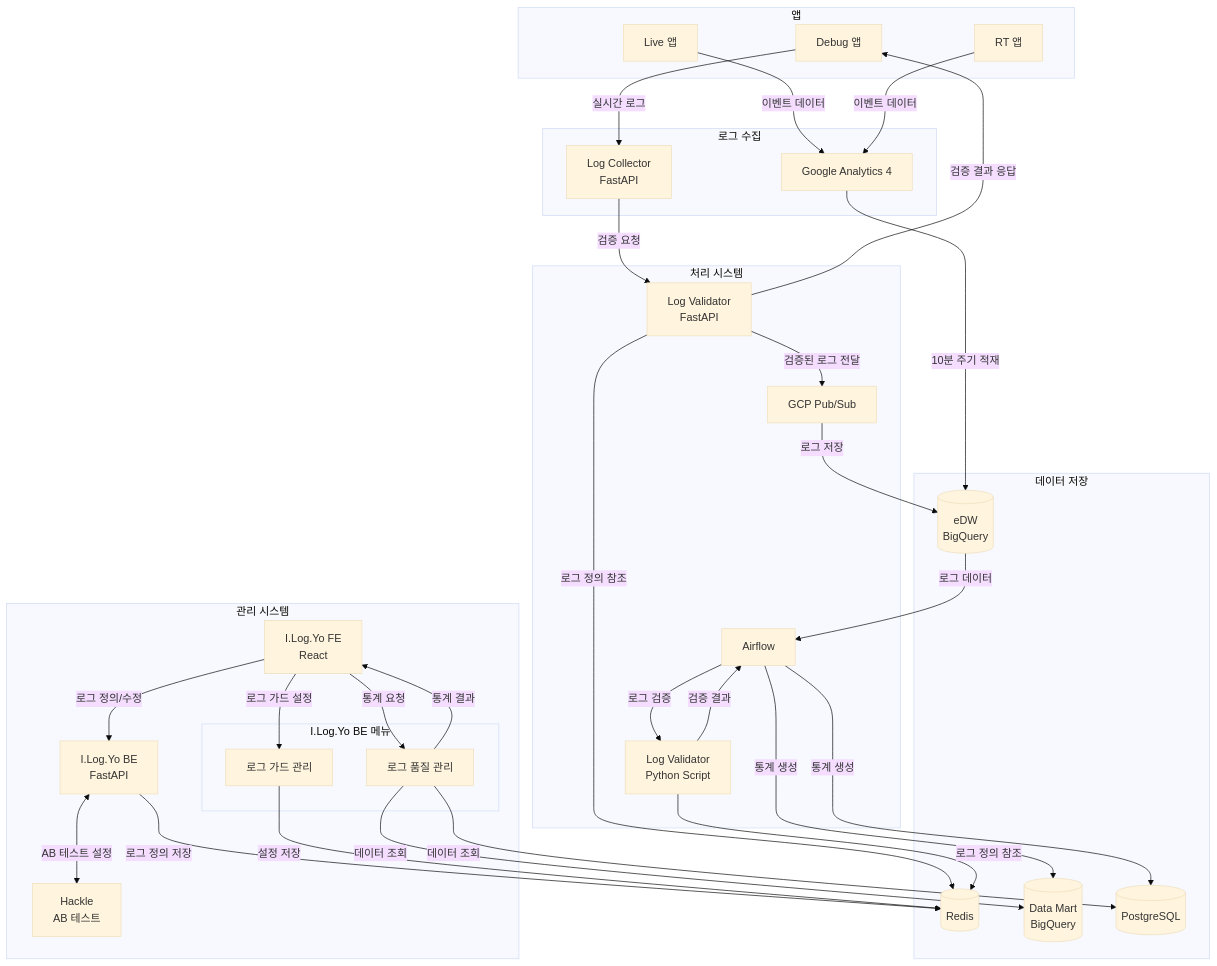
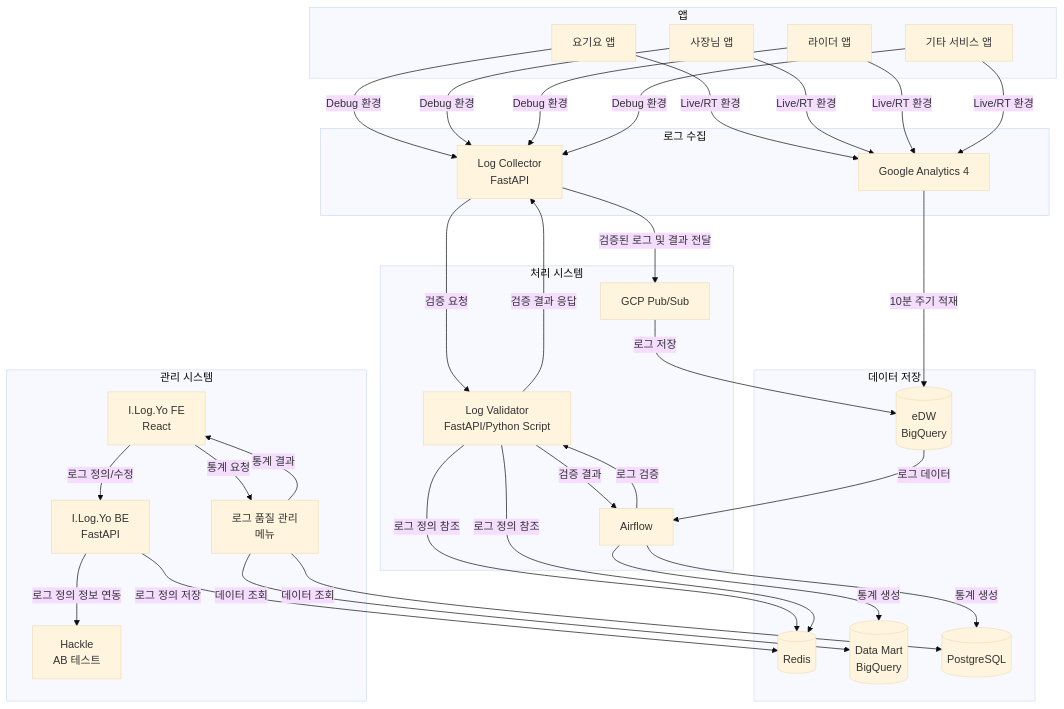
One commit to sch0718/ai-dev-log changed the second of 6 diagrams in 99. 활용/I.Log.Yo_ARCHITECTURE.md. Above: the diagram before and after it, drawn with Mermaid (base theme). The commit also changed other lines of this file and 1 other file, not shown here.

````diff
--- a/99. 활용/I.Log.Yo_ARCHITECTURE.md
+++ b/99. 활용/I.Log.Yo_ARCHITECTURE.md
@@ -166,73 +209,71 @@
 ```mermaid
 flowchart TB
     subgraph "앱"
-        DEBUG_APP[Debug 앱]
-        LIVE_APP[Live 앱]
-        RT_APP[RT 앱]
+        USER_APP[요기요 앱]
+        OWNER_APP[사장님 앱]
+        RIDER_APP[라이더 앱]
+        OTHER_APPS[기타 서비스 앱]
     end
 
     subgraph "로그 수집"
         GA4[Google Analytics 4]
         LOG_COLLECTOR[Log Collector<br>FastAPI]
     end
 
     subgraph "데이터 저장"
         EDW[(eDW<br>BigQuery)]
         REDIS[(Redis)]
         MART[(Data Mart<br>BigQuery)]
         POSTGRES[(PostgreSQL)]
     end
 
     subgraph "처리 시스템"
         AIRFLOW[Airflow]
-        LOG_VALIDATOR[Log Validator<br>FastAPI]
-        VALIDATOR_SCRIPT[Log Validator<br>Python Script]
+        LOG_VALIDATOR[Log Validator<br>FastAPI/Python Script]
         PUBSUB[GCP Pub/Sub]
     end
 
     subgraph "관리 시스템"
         ILOGYO_FE[I.Log.Yo FE<br>React]
         ILOGYO_BE[I.Log.Yo BE<br>FastAPI]
-        subgraph "I.Log.Yo BE 메뉴"
-            LOG_QUALITY[로그 품질 관리]
-            LOG_GUARD[로그 가드 관리]
-        end
+        LOG_QUALITY[로그 품질 관리<br>메뉴]
         HACKLE[Hackle<br>AB 테스트]
     end
 
     %% Debug 환경 데이터 흐름
-    DEBUG_APP -->|실시간 로그| LOG_COLLECTOR
+    USER_APP -- "Debug 환경" --> LOG_COLLECTOR
+    OWNER_APP -- "Debug 환경" --> LOG_COLLECTOR
+    RIDER_APP -- "Debug 환경" --> LOG_COLLECTOR
+    OTHER_APPS -- "Debug 환경" --> LOG_COLLECTOR
     LOG_COLLECTOR -->|검증 요청| LOG_VALIDATOR
     LOG_VALIDATOR -->|로그 정의 참조| REDIS
-    LOG_VALIDATOR -->|검증 결과 응답| DEBUG_APP
-    LOG_VALIDATOR -->|검증된 로그 전달| PUBSUB
+    LOG_VALIDATOR -->|검증 결과 응답| LOG_COLLECTOR
+    LOG_COLLECTOR -->|검증된 로그 및 결과 전달| PUBSUB
     PUBSUB -->|로그 저장| EDW
 
     %% Live/RT 환경 데이터 흐름
-    LIVE_APP -->|이벤트 데이터| GA4
-    RT_APP -->|이벤트 데이터| GA4
+    USER_APP -- "Live/RT 환경" --> GA4
+    OWNER_APP -- "Live/RT 환경" --> GA4
+    RIDER_APP -- "Live/RT 환경" --> GA4
+    OTHER_APPS -- "Live/RT 환경" --> GA4
     GA4 -->|10분 주기 적재| EDW
     
     %% 로그 정의 관리
     ILOGYO_FE -->|로그 정의/수정| ILOGYO_BE
     ILOGYO_BE -->|로그 정의 저장| REDIS
-    ILOGYO_BE <-->|AB 테스트 설정| HACKLE
+    ILOGYO_BE -->|로그 정의 정보 연동| HACKLE
     
     %% 배치 처리 흐름
     EDW -->|로그 데이터| AIRFLOW
-    AIRFLOW -->|로그 검증| VALIDATOR_SCRIPT
-    VALIDATOR_SCRIPT -->|로그 정의 참조| REDIS
-    VALIDATOR_SCRIPT -->|검증 결과| AIRFLOW
+    AIRFLOW -->|로그 검증| LOG_VALIDATOR
+    LOG_VALIDATOR -->|로그 정의 참조| REDIS
+    LOG_VALIDATOR -->|검증 결과| AIRFLOW
     AIRFLOW -->|통계 생성| MART
     AIRFLOW -->|통계 생성| POSTGRES
     
     %% 통계 조회
     ILOGYO_FE -->|통계 요청| LOG_QUALITY
     LOG_QUALITY -->|데이터 조회| MART
     LOG_QUALITY -->|데이터 조회| POSTGRES
     LOG_QUALITY -->|통계 결과| ILOGYO_FE
-    
-    %% 로그 가드 관리
-    ILOGYO_FE -->|로그 가드 설정| LOG_GUARD
-    LOG_GUARD -->|설정 저장| REDIS
 ```
````
